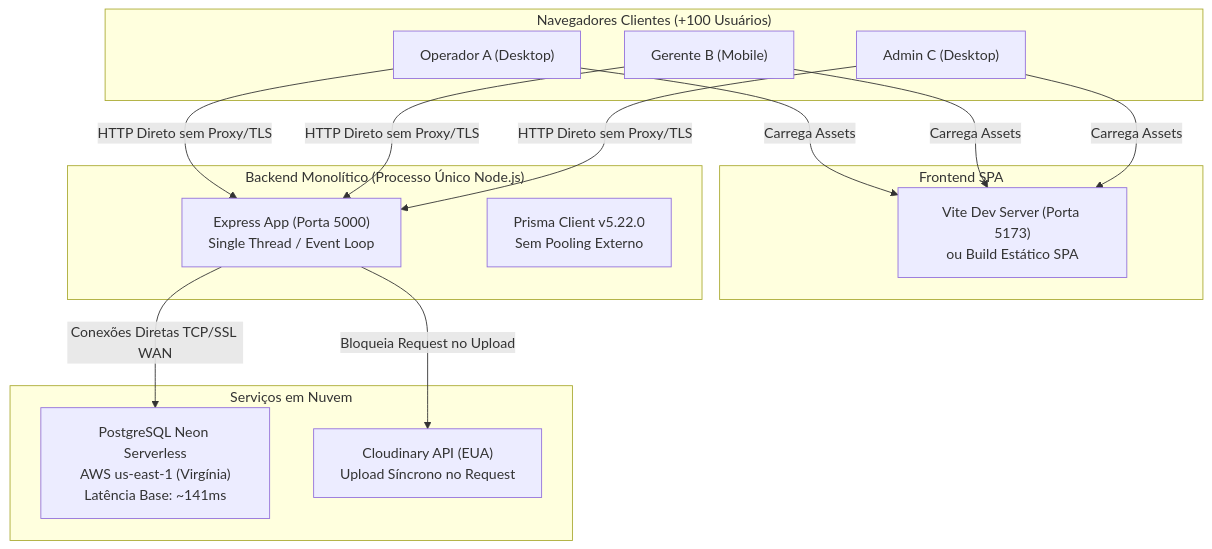
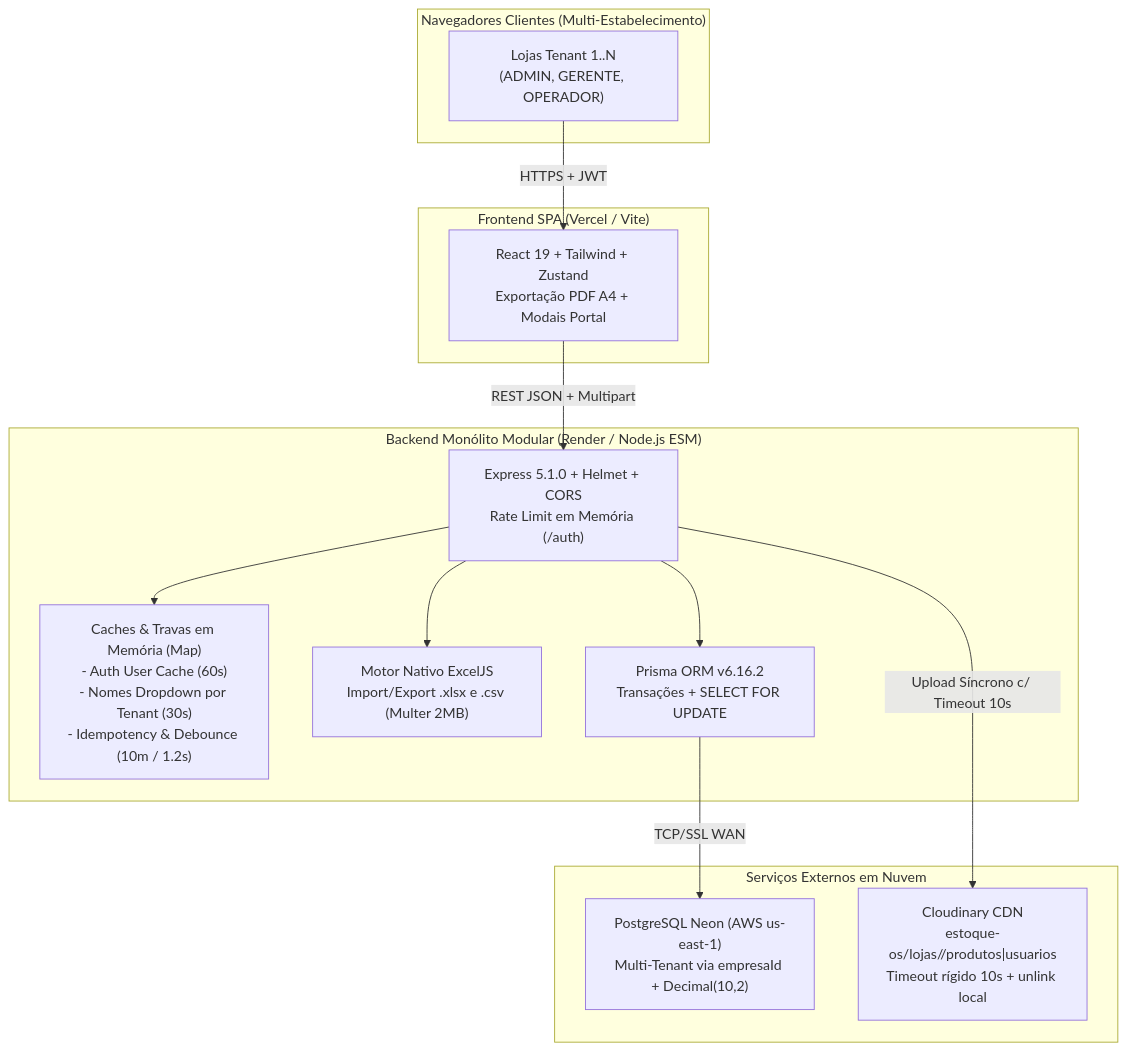
The first of 2 diagrams in relatorios/09_arquitetura_e_system_design.md (mateus-x17/adm-estoque), drawn with Mermaid before and after one commit. The commit also changed other lines of this file and 7 other files, not shown here.

````diff
--- a/relatorios/09_arquitetura_e_system_design.md
+++ b/relatorios/09_arquitetura_e_system_design.md
@@ -15,27 +15,30 @@
 ```mermaid
 flowchart TD
-    subgraph Clients["Navegadores Clientes (+100 Usuários)"]
-        UserA["Operador A (Desktop)"]
-        UserB["Gerente B (Mobile)"]
-        UserC["Admin C (Desktop)"]
+    subgraph Clients["Navegadores Clientes (Multi-Estabelecimento)"]
+        Store1["Lojas Tenant 1..N\n(ADMIN, GERENTE, OPERADOR)"]
     end
 
-    subgraph Frontend["Frontend SPA"]
-        ViteDev["Vite Dev Server (Porta 5173)\nou Build Estático SPA"]
+    subgraph Frontend["Frontend SPA (Vercel / Vite)"]
+        ReactApp["React 19 + Tailwind + Zustand\nExportação PDF A4 + Modais Portal"]
     end
 
-    subgraph BackendProcess["Backend Monolítico (Processo Único Node.js)"]
-        Express["Express App (Porta 5000)\nSingle Thread / Event Loop"]
-        PrismaClient["Prisma Client v5.22.0\nSem Pooling Externo"]
+    subgraph BackendProcess["Backend Monólito Modular (Render / Node.js ESM)"]
+        Express["Express 5.1.0 + Helmet + CORS\nRate Limit em Memória (/auth)"]
+        CacheMem["Caches & Travas em Memória (Map)\n- Auth User Cache (60s)\n- Nomes Dropdown por Tenant (30s)\n- Idempotency & Debounce (10m / 1.2s)"]
+        Spreadsheet["Motor Nativo ExcelJS\nImport/Export .xlsx e .csv (Multer 2MB)"]
+        PrismaClient["Prisma ORM v6.16.2\nTransações + SELECT FOR UPDATE"]
     end
 
-    subgraph CloudServices["Serviços em Nuvem"]
-        NeonDB["PostgreSQL Neon Serverless\nAWS us-east-1 (Virgínia)\nLatência Base: ~141ms"]
-        Cloudinary["Cloudinary API (EUA)\nUpload Síncrono no Request"]
+    subgraph CloudServices["Serviços Externos em Nuvem"]
+        NeonDB["PostgreSQL Neon (AWS us-east-1)\nMulti-Tenant via empresaId + Decimal(10,2)"]
+        Cloudinary["Cloudinary CDN\nestoque-os/lojas/<slug>/produtos|usuarios\nTimeout rígido 10s + unlink local"]
     end
 
-    UserA & UserB & UserC -->|HTTP Direto sem Proxy/TLS| Express
-    UserA & UserB & UserC -->|Carrega Assets| ViteDev
-    Express -->|Bloqueia Request no Upload| Cloudinary
-    Express -->|Conexões Diretas TCP/SSL WAN| NeonDB
+    Store1 -->|HTTPS + JWT| ReactApp
+    ReactApp -->|REST JSON + Multipart| Express
+    Express --> CacheMem
+    Express --> Spreadsheet
+    Express --> PrismaClient
+    Express -->|Upload Síncrono c/ Timeout 10s| Cloudinary
+    PrismaClient -->|TCP/SSL WAN| NeonDB
 ```
````
